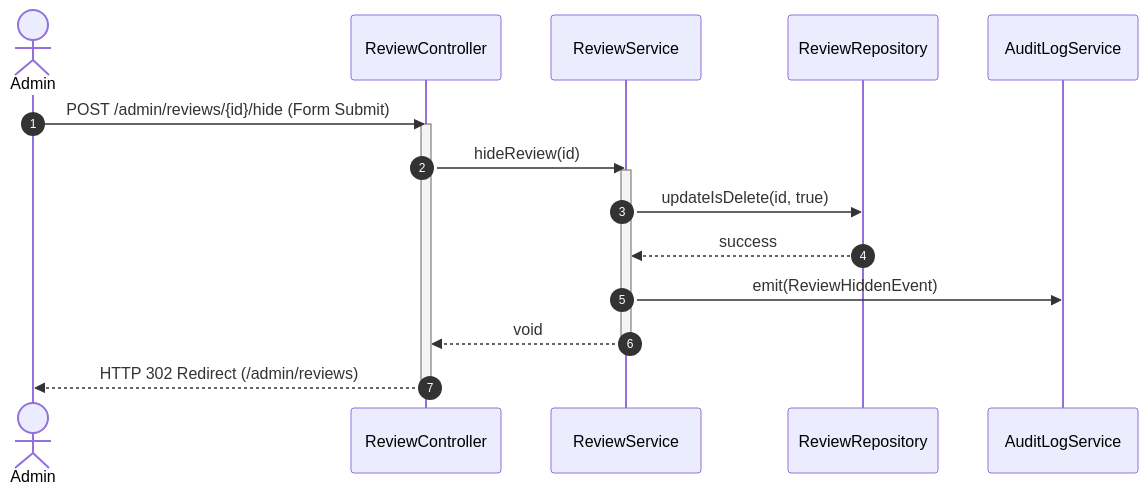
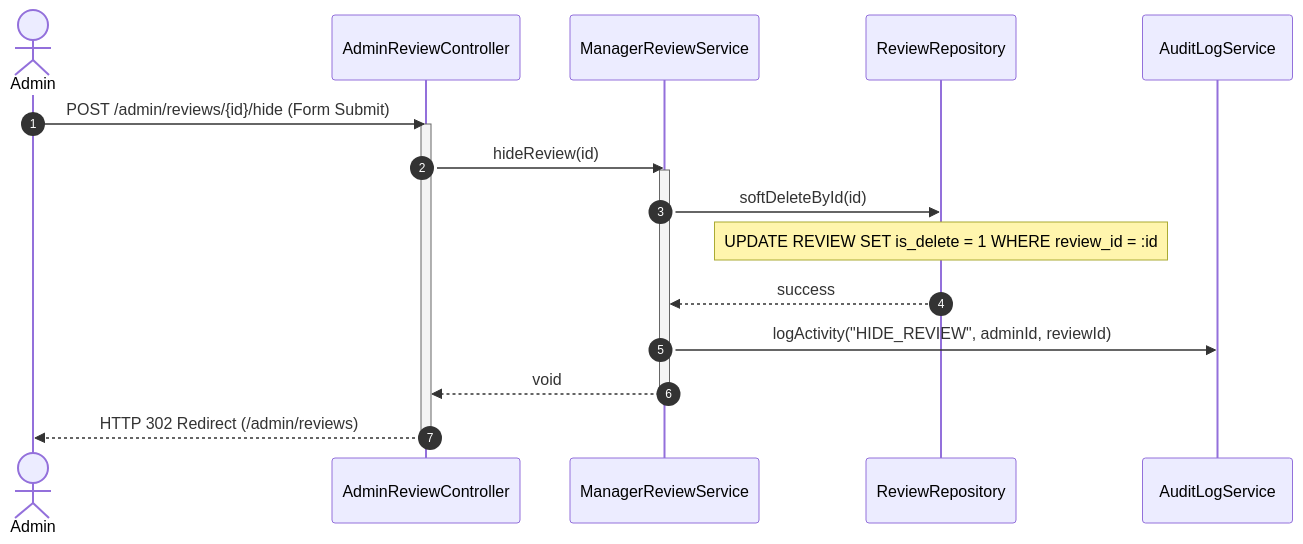
One commit to danhdac36/xoai-aura-retreat changed the third of 3 diagrams in 04_Implement/Module5/UC29/EDS_UC29_CustomerReviews.md. Above: the diagram before and after it, drawn with Mermaid. The commit also changed other lines of this file and 3 other files, not shown here.

````diff
--- a/04_Implement/Module5/UC29/EDS_UC29_CustomerReviews.md
+++ b/04_Implement/Module5/UC29/EDS_UC29_CustomerReviews.md
@@ -226,21 +311,22 @@
 ```mermaid
 sequenceDiagram
     autonumber
     actor Admin
-    participant Controller as ReviewController
-    participant Service as ReviewService
+    participant Controller as AdminReviewController
+    participant Service as ManagerReviewService
     participant Repo as ReviewRepository
     participant Audit as AuditLogService
 
     Admin->>Controller: POST /admin/reviews/{id}/hide (Form Submit)
     activate Controller
     Controller->>Service: hideReview(id)
     activate Service
-    Service->>Repo: updateIsDelete(id, true)
+    Service->>Repo: softDeleteById(id)
+    Note over Repo: UPDATE REVIEW SET is_delete = 1 WHERE review_id = :id
     Repo-->>Service: success
-    Service->>Audit: emit(ReviewHiddenEvent)
+    Service->>Audit: logActivity("HIDE_REVIEW", adminId, reviewId)
     Service-->>Controller: void
     deactivate Service
     Controller-->>Admin: HTTP 302 Redirect (/admin/reviews)
     deactivate Controller
 ```
````
